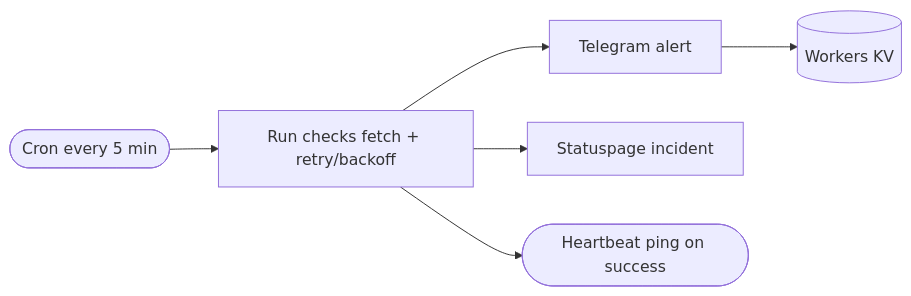
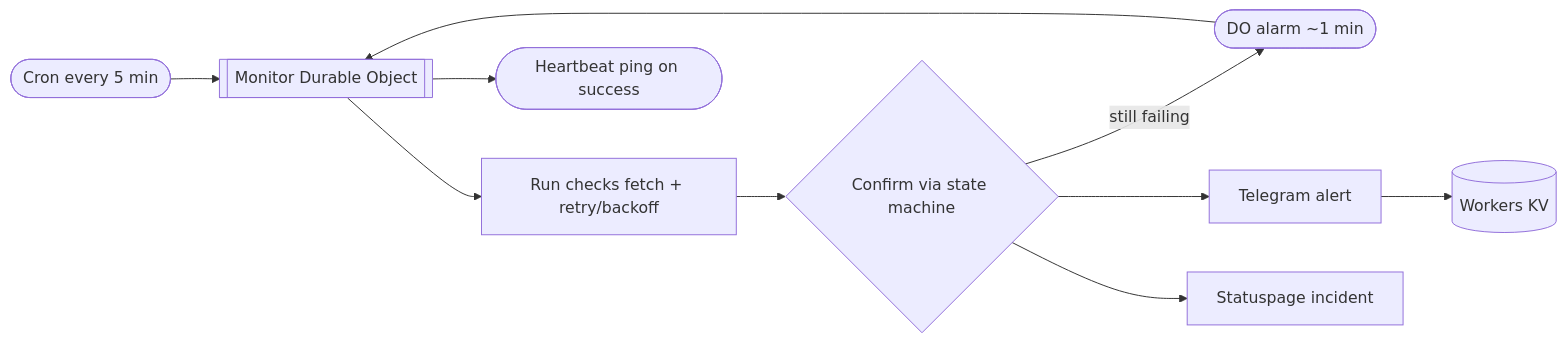
The diagram in README.md (hobroker/uptime), drawn with Mermaid before and after one commit. The commit also changed other lines of this file and 12 other files, not shown here.

````diff
--- a/README.md
+++ b/README.md
@@ -48,8 +50,12 @@
 ```mermaid
 flowchart LR
-    cron([Cron every 5 min]) --> checks[Run checks fetch + retry/backoff]
-    checks --> tg[Telegram alert]
-    checks --> sp[Statuspage incident]
+    cron([Cron every 5 min]) --> mon[[Monitor Durable Object]]
+    alarm([DO alarm ~1 min]) --> mon
+    mon --> checks[Run checks fetch + retry/backoff]
+    checks --> sm{Confirm via state machine}
+    sm -->|still failing| alarm
+    sm --> tg[Telegram alert]
+    sm --> sp[Statuspage incident]
     tg --> kv[(Workers KV)]
-    checks --> hb([Heartbeat ping on success])
+    mon --> hb([Heartbeat ping on success])
 ```
````
